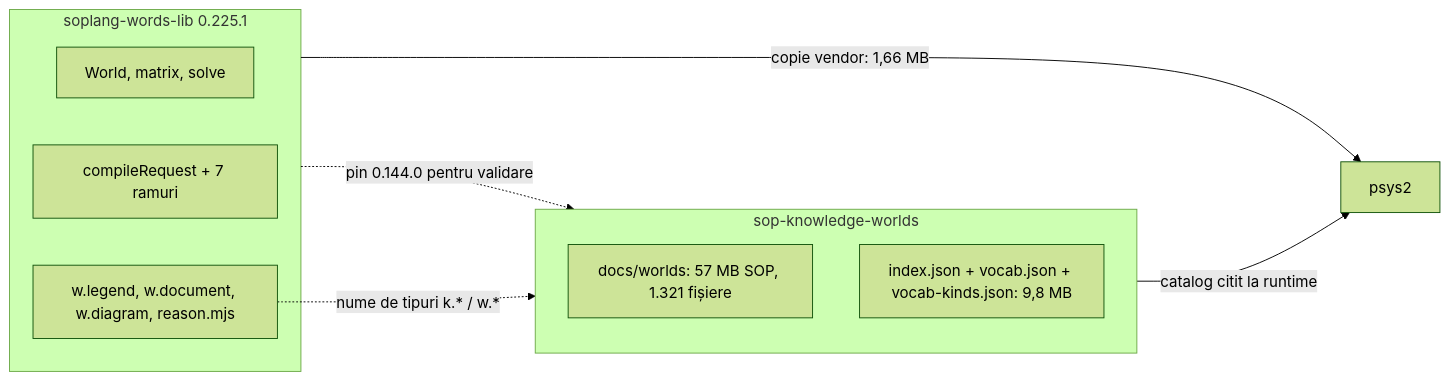
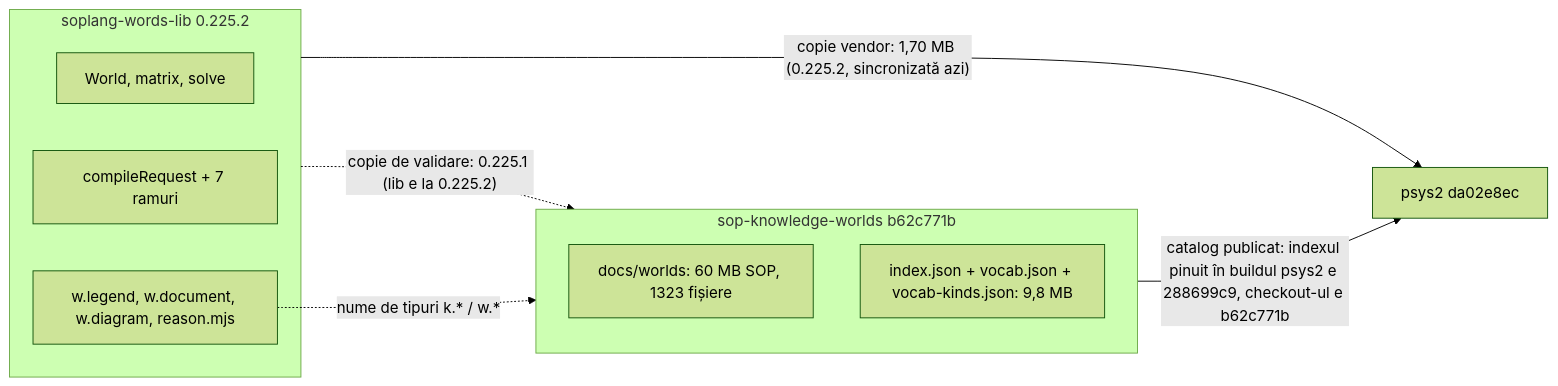
One commit to ml-circuits-research/soplang-words-lib changed the diagram in mistral-review/README.md. Above: the diagram before and after it, drawn with Mermaid (forest theme). The commit also changed other lines of this file and 4 other files, not shown here.

````diff
--- a/mistral-review/README.md
+++ b/mistral-review/README.md
@@ -39,17 +51,17 @@
 ```mermaid
 flowchart LR
-  subgraph Lib["soplang-words-lib 0.225.1"]
+  subgraph Lib["soplang-words-lib 0.225.2"]
     Core["World, matrix, solve"]
     Comp["compileRequest + 7 ramuri"]
     Domain["w.legend, w.document, w.diagram, reason.mjs"]
   end
-  subgraph Know["sop-knowledge-worlds"]
-    Cat["docs/worlds: 57 MB SOP, 1.321 fișiere"]
+  subgraph Know["sop-knowledge-worlds b62c771b"]
+    Cat["docs/worlds: 60 MB SOP, 1323 fișiere"]
     Idx["index.json + vocab.json + vocab-kinds.json: 9,8 MB"]
   end
-  App["psys2"]
-  Lib -->|"copie vendor: 1,66 MB"| App
-  Know -->|"catalog citit la runtime"| App
-  Lib -.->|"pin 0.144.0 pentru validare"| Know
+  App["psys2 da02e8ec"]
+  Lib -->|"copie vendor: 1,70 MB (0.225.2, sincronizată azi)"| App
+  Know -->|"catalog publicat: indexul pinuit în buildul psys2 e 288699c9, checkout-ul e b62c771b"| App
+  Lib -.->|"copie de validare: 0.225.1 (lib e la 0.225.2)"| Know
   Domain -.->|"nume de tipuri k.* / w.*"| Know
 ```
````
